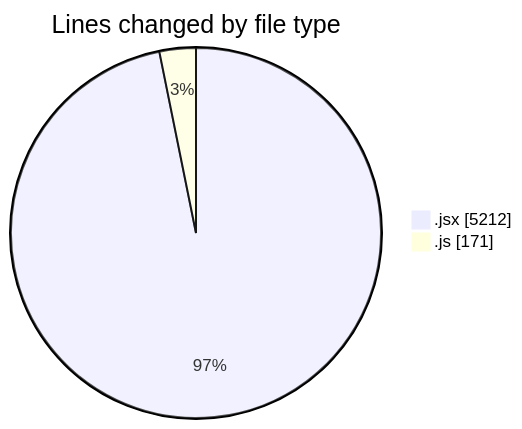
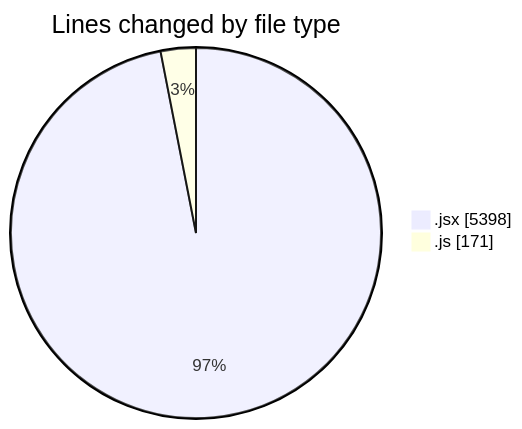
Before and after one commit to nxtqubesakshisongat/code-tracking: the first of 2 diagrams in 2025-07-09/argos/README.md, drawn with Mermaid. The commit also changed other lines of this file and 1 other file, not shown here.

````diff
--- a/2025-07-09/argos/README.md
+++ b/2025-07-09/argos/README.md
@@ -26,6 +26,6 @@
 ```mermaid
 pie showData
 title Lines changed by file type
-".jsx" : 5212
+".jsx" : 5398
 ".js" : 171
 ```
````
